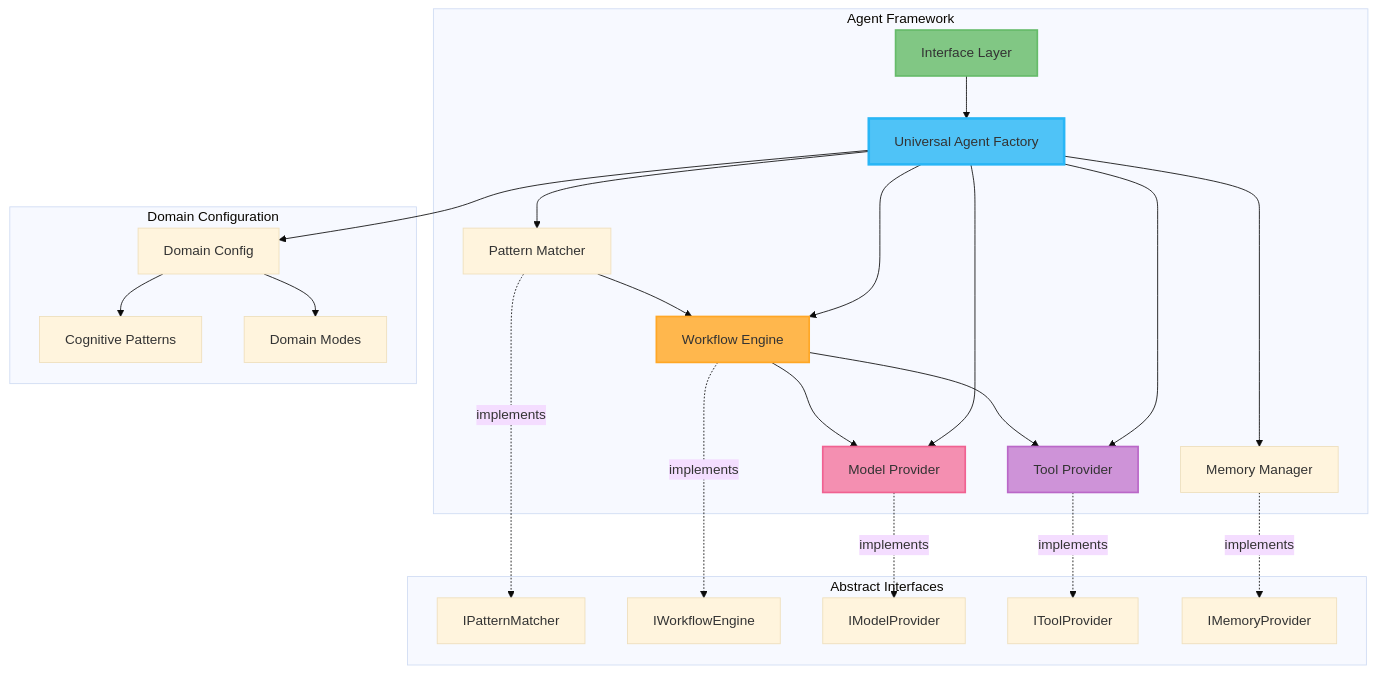
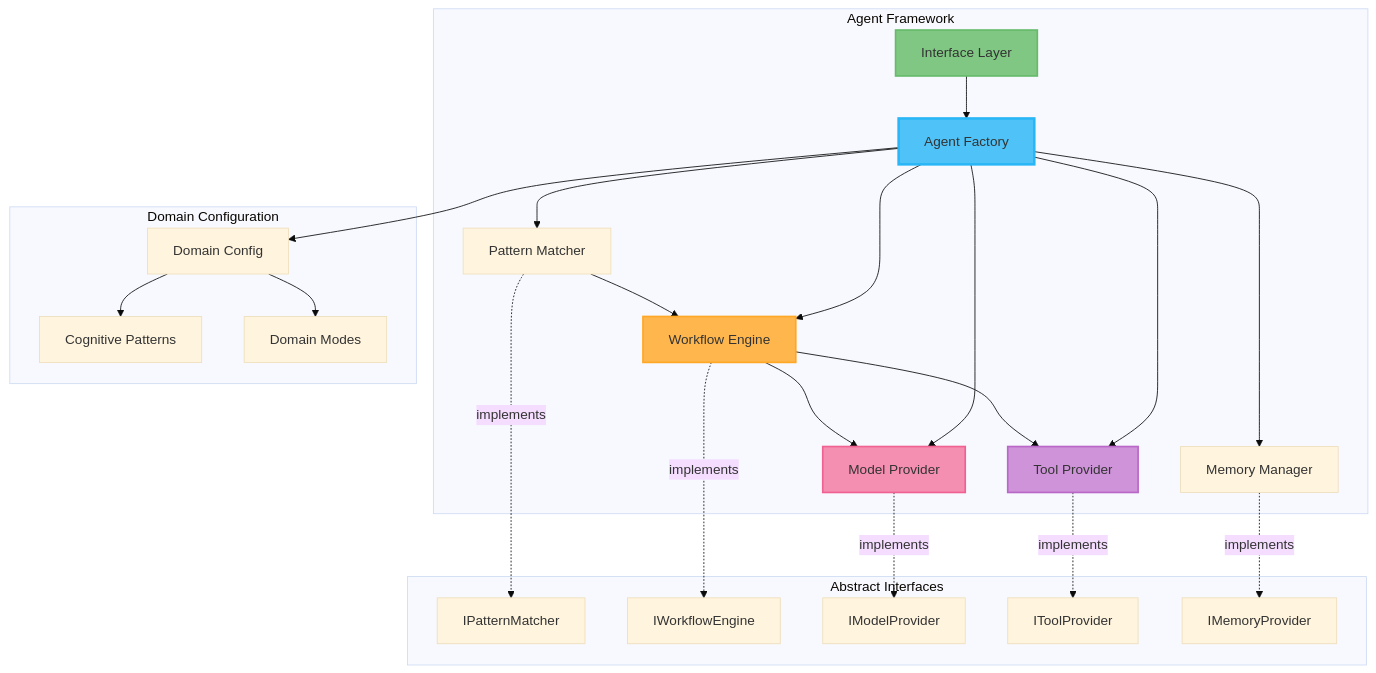
The first of 3 diagrams in docs/agents/agent.md (zhifengzhang-sz/qi-v2-agent), drawn with Mermaid (base theme) before and after one commit. The commit also changed other lines of this file and 58 other files, not shown here.

````diff
--- a/docs/agents/agent.md
+++ b/docs/agents/agent.md
@@ -24,53 +31,53 @@
 ```mermaid
 graph TB
     subgraph "Agent Framework"
         UI[Interface Layer]
-        UAF[Universal Agent Factory]
+        UAF[Agent Factory]
         PM[Pattern Matcher]
         WE[Workflow Engine]
         MP[Model Provider]
         TP[Tool Provider]
         MM[Memory Manager]
         
         UI --> UAF
         UAF --> PM
         UAF --> WE
         UAF --> MP
         UAF --> TP
         UAF --> MM
         
         PM --> WE
         WE --> MP
         WE --> TP
     end
     
     subgraph "Abstract Interfaces"
         IPatternMatcher[IPatternMatcher]
         IWorkflowEngine[IWorkflowEngine]
         IModelProvider[IModelProvider]
         IToolProvider[IToolProvider]
         IMemoryProvider[IMemoryProvider]
     end
     
     subgraph "Domain Configuration"
         DC[Domain Config]
         CP[Cognitive Patterns]
         DM[Domain Modes]
     end
     
     PM -.implements.-> IPatternMatcher
     WE -.implements.-> IWorkflowEngine
     MP -.implements.-> IModelProvider
     TP -.implements.-> IToolProvider
     MM -.implements.-> IMemoryProvider
     
     UAF --> DC
     DC --> CP
     DC --> DM
     
     style UAF fill:#4fc3f7,stroke:#29b6f6,stroke-width:3px
     style UI fill:#81c784,stroke:#66bb6a,stroke-width:2px
     style WE fill:#ffb74d,stroke:#ffa726,stroke-width:2px
     style MP fill:#f48fb1,stroke:#f06292,stroke-width:2px
     style TP fill:#ce93d8,stroke:#ba68c8,stroke-width:2px
 ```
````
